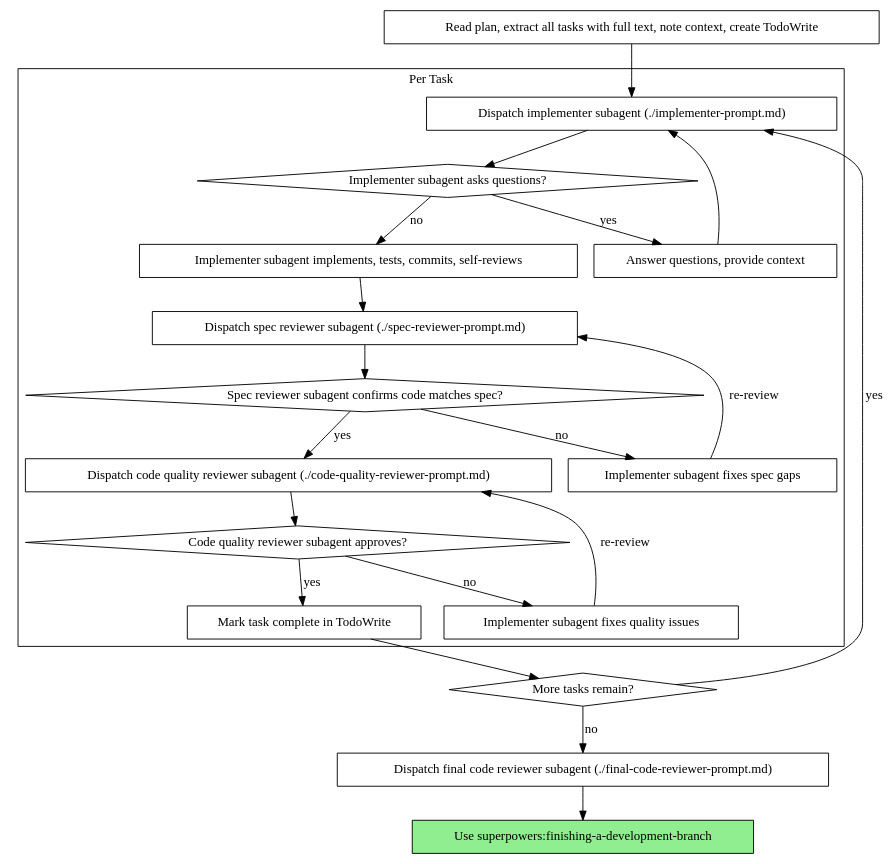
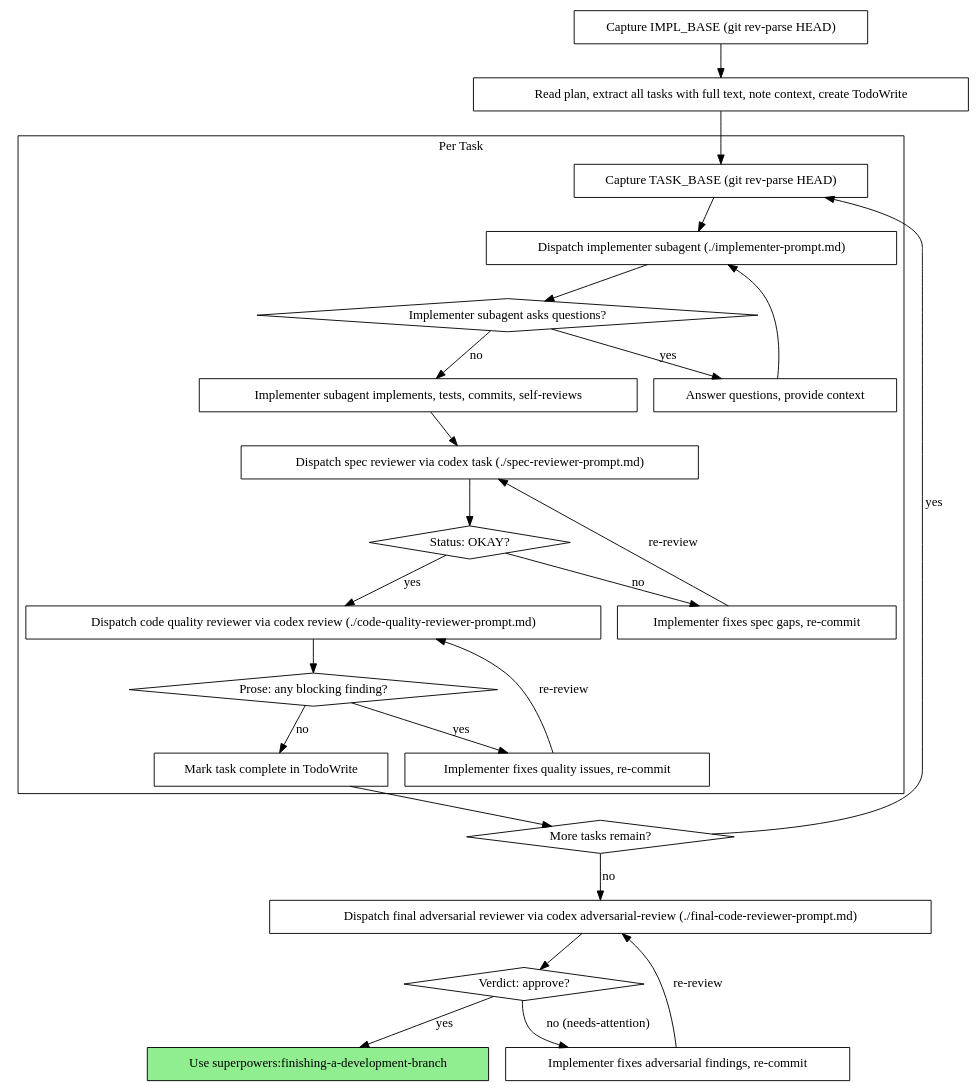
The second of 2 diagrams in skills/subagent-driven-development/SKILL.md (stu43005/superpowers-codex), drawn with Graphviz before and after one commit. The commit also changed other lines of this file, not shown here.

Commit message:
feat(sdd): dispatch all three reviewers via codex companion

````diff
--- a/skills/subagent-driven-development/SKILL.md
+++ b/skills/subagent-driven-development/SKILL.md
@@ -34,44 +34,53 @@
 ```dot
 digraph process {
     rankdir=TB;
 
     subgraph cluster_per_task {
         label="Per Task";
+        "Capture TASK_BASE (git rev-parse HEAD)" [shape=box];
         "Dispatch implementer subagent (./implementer-prompt.md)" [shape=box];
         "Implementer subagent asks questions?" [shape=diamond];
         "Answer questions, provide context" [shape=box];
         "Implementer subagent implements, tests, commits, self-reviews" [shape=box];
-        "Dispatch spec reviewer subagent (./spec-reviewer-prompt.md)" [shape=box];
-        "Spec reviewer subagent confirms code matches spec?" [shape=diamond];
-        "Implementer subagent fixes spec gaps" [shape=box];
-        "Dispatch code quality reviewer subagent (./code-quality-reviewer-prompt.md)" [shape=box];
-        "Code quality reviewer subagent approves?" [shape=diamond];
-        "Implementer subagent fixes quality issues" [shape=box];
+        "Dispatch spec reviewer via codex task (./spec-reviewer-prompt.md)" [shape=box];
+        "Status: OKAY?" [shape=diamond];
+        "Implementer fixes spec gaps, re-commit" [shape=box];
+        "Dispatch code quality reviewer via codex review (./code-quality-reviewer-prompt.md)" [shape=box];
+        "Prose: any blocking finding?" [shape=diamond];
+        "Implementer fixes quality issues, re-commit" [shape=box];
         "Mark task complete in TodoWrite" [shape=box];
     }
 
+    "Capture IMPL_BASE (git rev-parse HEAD)" [shape=box];
     "Read plan, extract all tasks with full text, note context, create TodoWrite" [shape=box];
     "More tasks remain?" [shape=diamond];
-    "Dispatch final code reviewer subagent (./final-code-reviewer-prompt.md)" [shape=box];
+    "Dispatch final adversarial reviewer via codex adversarial-review (./final-code-reviewer-prompt.md)" [shape=box];
+    "Verdict: approve?" [shape=diamond];
+    "Implementer fixes adversarial findings, re-commit" [shape=box];
     "Use superpowers:finishing-a-development-branch" [shape=box style=filled fillcolor=lightgreen];
 
-    "Read plan, extract all tasks with full text, note context, create TodoWrite" -> "Dispatch implementer subagent (./implementer-prompt.md)";
+    "Capture IMPL_BASE (git rev-parse HEAD)" -> "Read plan, extract all tasks with full text, note context, create TodoWrite";
+    "Read plan, extract all tasks with full text, note context, create TodoWrite" -> "Capture TASK_BASE (git rev-parse HEAD)";
+    "Capture TASK_BASE (git rev-parse HEAD)" -> "Dispatch implementer subagent (./implementer-prompt.md)";
     "Dispatch implementer subagent (./implementer-prompt.md)" -> "Implementer subagent asks questions?";
     "Implementer subagent asks questions?" -> "Answer questions, provide context" [label="yes"];
     "Answer questions, provide context" -> "Dispatch implementer subagent (./implementer-prompt.md)";
     "Implementer subagent asks questions?" -> "Implementer subagent implements, tests, commits, self-reviews" [label="no"];
-    "Implementer subagent implements, tests, commits, self-reviews" -> "Dispatch spec reviewer subagent (./spec-reviewer-prompt.md)";
-    "Dispatch spec reviewer subagent (./spec-reviewer-prompt.md)" -> "Spec reviewer subagent confirms code matches spec?";
-    "Spec reviewer subagent confirms code matches spec?" -> "Implementer subagent fixes spec gaps" [label="no"];
-    "Implementer subagent fixes spec gaps" -> "Dispatch spec reviewer subagent (./spec-reviewer-prompt.md)" [label="re-review"];
-    "Spec reviewer subagent confirms code matches spec?" -> "Dispatch code quality reviewer subagent (./code-quality-reviewer-prompt.md)" [label="yes"];
-    "Dispatch code quality reviewer subagent (./code-quality-reviewer-prompt.md)" -> "Code quality reviewer subagent approves?";
-    "Code quality reviewer subagent approves?" -> "Implementer subagent fixes quality issues" [label="no"];
-    "Implementer subagent fixes quality issues" -> "Dispatch code quality reviewer subagent (./code-quality-reviewer-prompt.md)" [label="re-review"];
-    "Code quality reviewer subagent approves?" -> "Mark task complete in TodoWrite" [label="yes"];
+    "Implementer subagent implements, tests, commits, self-reviews" -> "Dispatch spec reviewer via codex task (./spec-reviewer-prompt.md)";
+    "Dispatch spec reviewer via codex task (./spec-reviewer-prompt.md)" -> "Status: OKAY?";
+    "Status: OKAY?" -> "Implementer fixes spec gaps, re-commit" [label="no"];
+    "Implementer fixes spec gaps, re-commit" -> "Dispatch spec reviewer via codex task (./spec-reviewer-prompt.md)" [label="re-review"];
+    "Status: OKAY?" -> "Dispatch code quality reviewer via codex review (./code-quality-reviewer-prompt.md)" [label="yes"];
+    "Dispatch code quality reviewer via codex review (./code-quality-reviewer-prompt.md)" -> "Prose: any blocking finding?";
+    "Prose: any blocking finding?" -> "Implementer fixes quality issues, re-commit" [label="yes"];
+    "Implementer fixes quality issues, re-commit" -> "Dispatch code quality reviewer via codex review (./code-quality-reviewer-prompt.md)" [label="re-review"];
+    "Prose: any blocking finding?" -> "Mark task complete in TodoWrite" [label="no"];
     "Mark task complete in TodoWrite" -> "More tasks remain?";
-    "More tasks remain?" -> "Dispatch implementer subagent (./implementer-prompt.md)" [label="yes"];
-    "More tasks remain?" -> "Dispatch final code reviewer subagent (./final-code-reviewer-prompt.md)" [label="no"];
-    "Dispatch final code reviewer subagent (./final-code-reviewer-prompt.md)" -> "Use superpowers:finishing-a-development-branch";
+    "More tasks remain?" -> "Capture TASK_BASE (git rev-parse HEAD)" [label="yes"];
+    "More tasks remain?" -> "Dispatch final adversarial reviewer via codex adversarial-review (./final-code-reviewer-prompt.md)" [label="no"];
+    "Dispatch final adversarial reviewer via codex adversarial-review (./final-code-reviewer-prompt.md)" -> "Verdict: approve?";
+    "Verdict: approve?" -> "Implementer fixes adversarial findings, re-commit" [label="no (needs-attention)"];
+    "Implementer fixes adversarial findings, re-commit" -> "Dispatch final adversarial reviewer via codex adversarial-review (./final-code-reviewer-prompt.md)" [label="re-review"];
+    "Verdict: approve?" -> "Use superpowers:finishing-a-development-branch" [label="yes"];
 }
 ```
````
